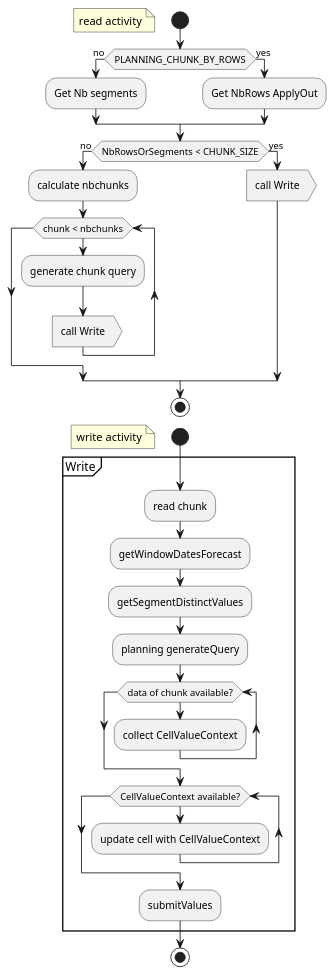
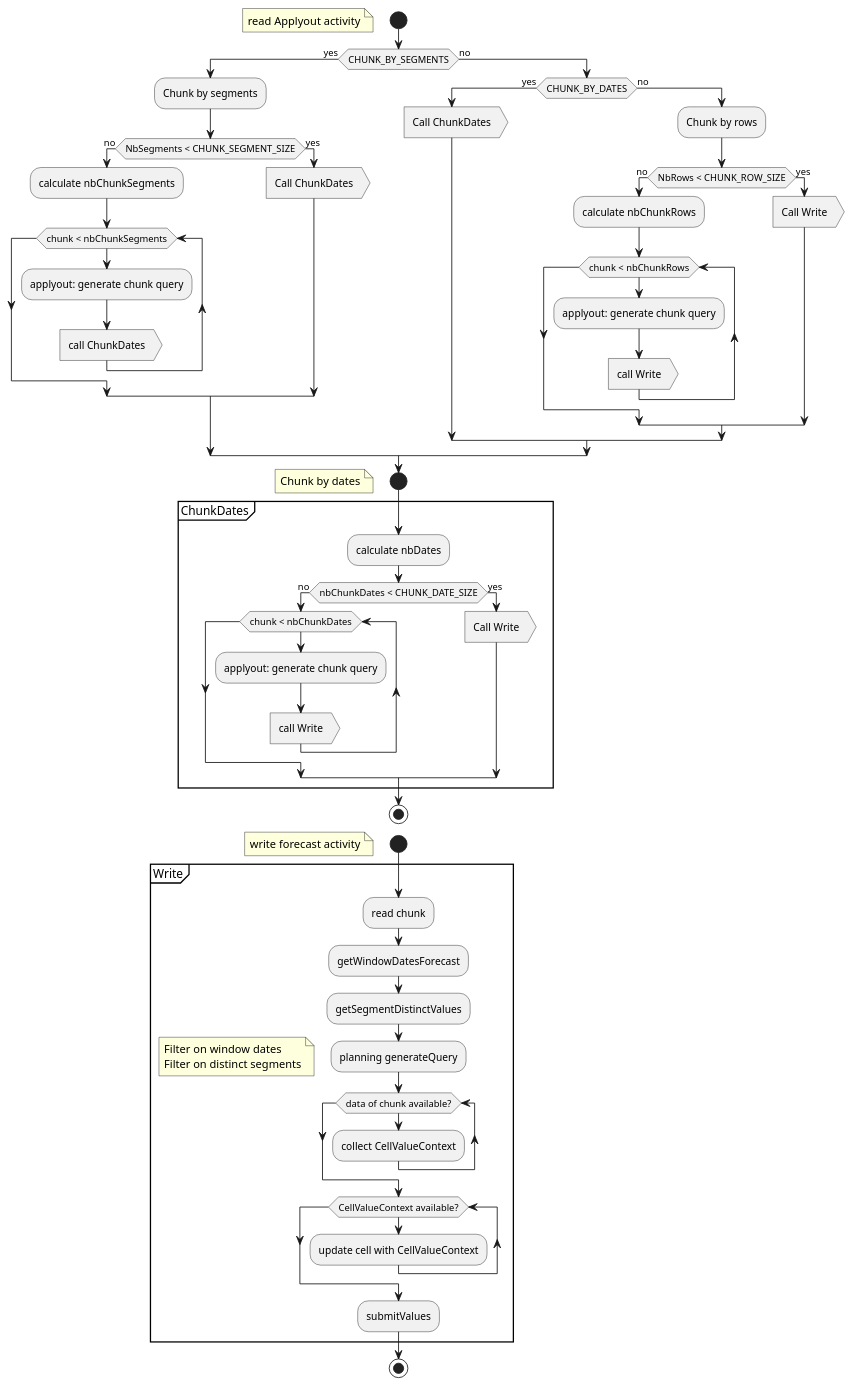
The diagram in writeback_activity.wsd (loutfinadir/uml), drawn with PlantUML before and after one commit. The commit also changed 35 other files, not shown here.

Commit message:
Add new class diagrams

```diff
--- a/writeback_activity.wsd
+++ b/writeback_activity.wsd
@@ -1,44 +1,71 @@
 @startuml
 skinparam ConditionEndStyle hline
 start
-floating note left: read activity
-if (PLANNING_CHUNK_BY_ROWS) then (no)
-  :Get Nb segments;
-else (yes)
-:Get NbRows ApplyOut;
+floating note left: read Applyout activity
+
+if (CHUNK_BY_SEGMENTS) then (yes)
+  :Chunk by segments;
+  if (NbSegments < CHUNK_SEGMENT_SIZE) then (no)
+    :calculate nbChunkSegments;
+    while (chunk < nbChunkSegments)
+      :applyout: generate chunk query;
+      :call ChunkDates>
+    endwhile
+  else (yes)
+    :Call ChunkDates>
+  endif
+else (no)
+  if (CHUNK_BY_DATES) then (yes)
+    :Call ChunkDates>
+  else (no)
+    :Chunk by rows;
+    if (NbRows < CHUNK_ROW_SIZE) then (no)
+      :calculate nbChunkRows;
+      while (chunk < nbChunkRows)
+        :applyout: generate chunk query;
+        :call Write>
+      endwhile
+    else (yes)
+      :Call Write>
+    endif
+  endif
 endif
 
-
-if (NbRowsOrSegments < CHUNK_SIZE) then (no)
-  :calculate nbchunks;
-  while (chunk < nbchunks)
-    :generate chunk query;
-    :call Write>
-  endwhile
-else (yes)
-  :call Write>
-endif
-
+start
+floating note left: Chunk by dates
+partition ChunkDates {
+  :calculate nbDates;
+  if (nbChunkDates < CHUNK_DATE_SIZE) then (no)
+    while (chunk < nbChunkDates)
+      :applyout: generate chunk query;
+      :call Write>
+    endwhile
+  else (yes)
+    :Call Write>
+  endif
+}
 stop
 
 start
-floating note left: write activity
+floating note left: write forecast activity
 partition Write {
   :read chunk;
   :getWindowDatesForecast;
   :getSegmentDistinctValues;
   :planning generateQuery;
+  floating note left:Filter on window dates\nFilter on distinct segments
   while (data of chunk available?)
     :collect CellValueContext;
   endwhile
 
   while (CellValueContext available?)
     :update cell with CellValueContext;
   endwhile
   :submitValues;
 
+
 }
 stop
 
 
 @enduml
```
